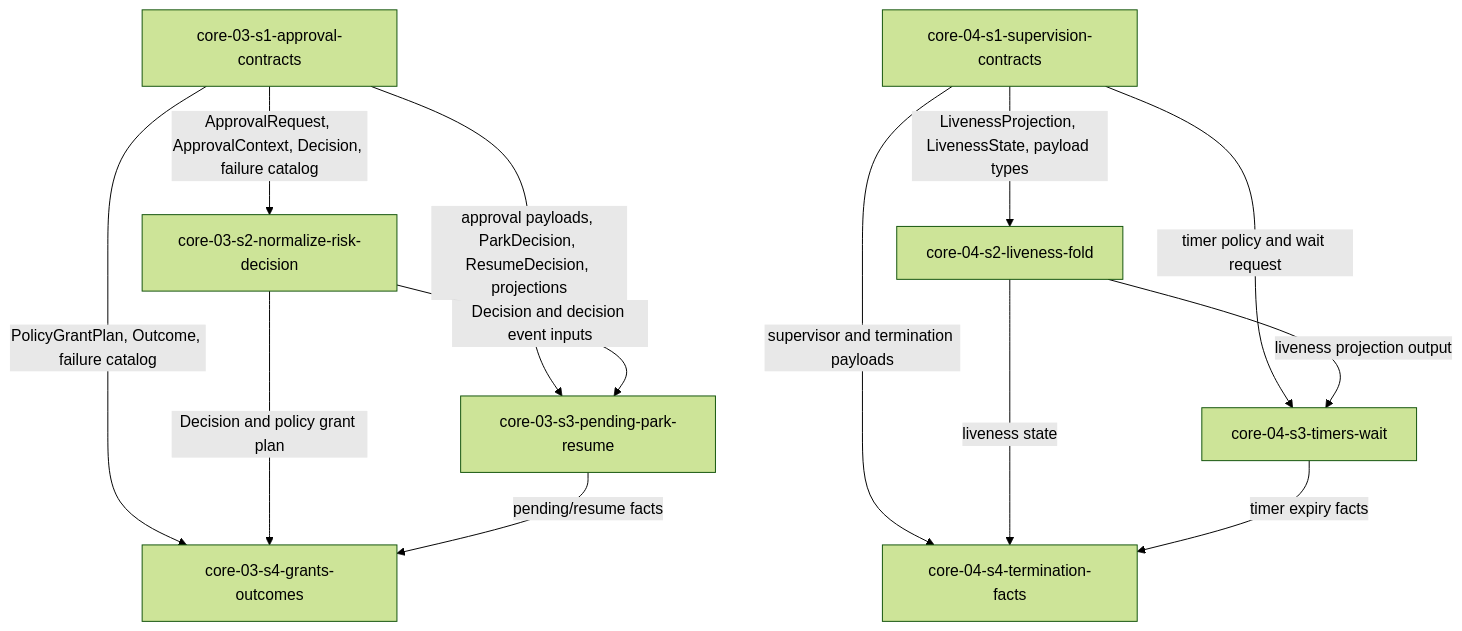
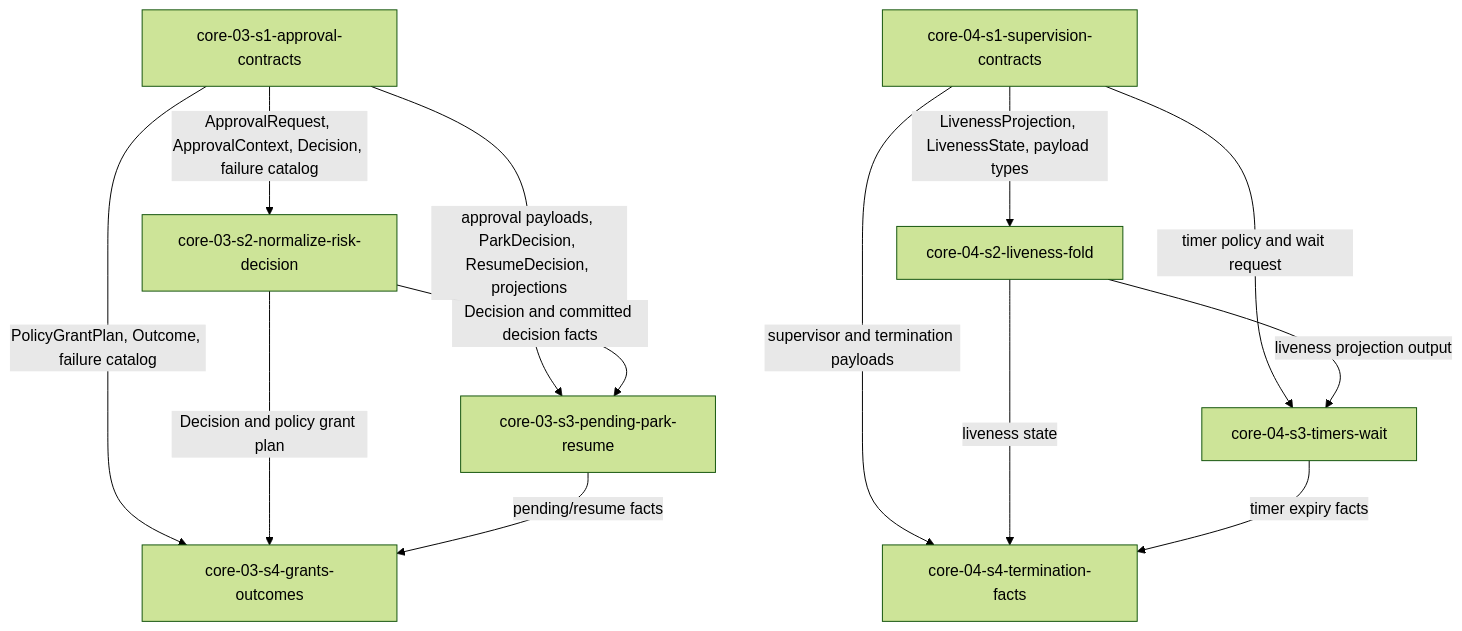
One commit to aryeko/agentic-workflow-kit changed the diagram in docs/implementation/epics/epic-4-human-control-and-liveness-loop/story-dag.md. Above: the diagram before and after it, drawn with Mermaid (forest theme). The commit also changed other lines of this file and 10 other files, not shown here.

````diff
--- a/docs/implementation/epics/epic-4-human-control-and-liveness-loop/story-dag.md
+++ b/docs/implementation/epics/epic-4-human-control-and-liveness-loop/story-dag.md
@@ -150,24 +151,24 @@
 ```mermaid
 flowchart TB
   A1["core-03-s1-approval-contracts"]
   S1["core-04-s1-supervision-contracts"]
   A2["core-03-s2-normalize-risk-decision"]
   S2["core-04-s2-liveness-fold"]
   A3["core-03-s3-pending-park-resume"]
   S3["core-04-s3-timers-wait"]
   A4["core-03-s4-grants-outcomes"]
   S4["core-04-s4-termination-facts"]
 
   A1 -->|"ApprovalRequest, ApprovalContext, Decision, failure catalog"| A2
   S1 -->|"LivenessProjection, LivenessState, payload types"| S2
   A1 -->|"approval payloads, ParkDecision, ResumeDecision, projections"| A3
-  A2 -->|"Decision and decision event inputs"| A3
+  A2 -->|"Decision and committed decision facts"| A3
   S1 -->|"timer policy and wait request"| S3
   S2 -->|"liveness projection output"| S3
   A1 -->|"PolicyGrantPlan, Outcome, failure catalog"| A4
   A2 -->|"Decision and policy grant plan"| A4
   A3 -->|"pending/resume facts"| A4
   S1 -->|"supervisor and termination payloads"| S4
   S2 -->|"liveness state"| S4
   S3 -->|"timer expiry facts"| S4
 ```
````
